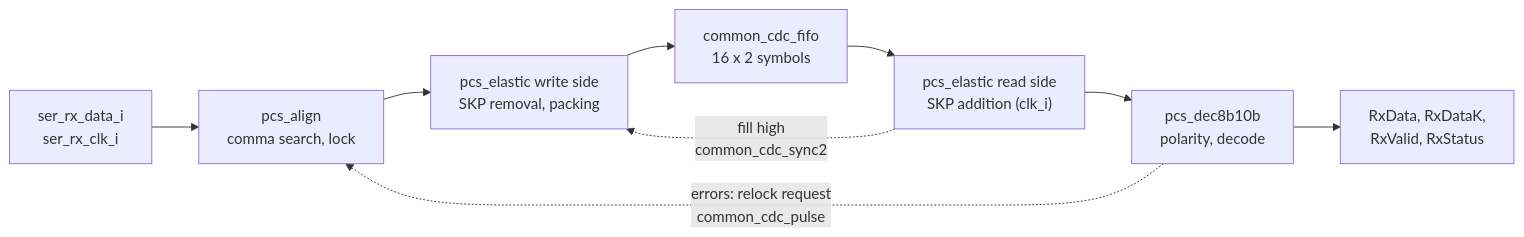
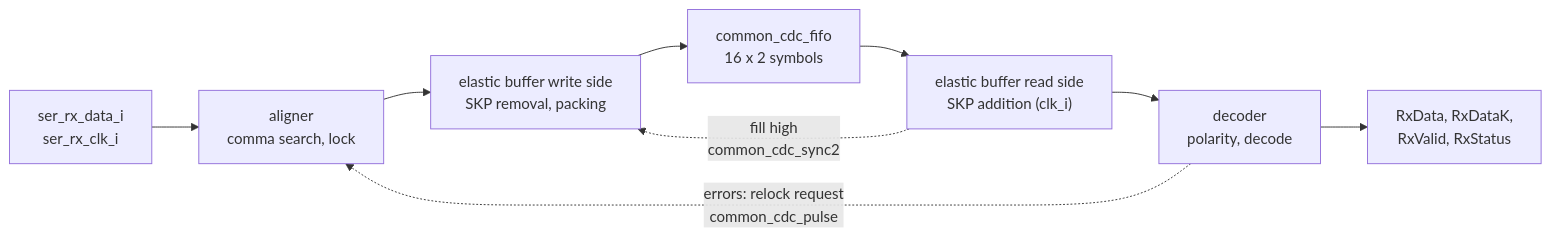
One commit to amichai-bd/pcie-factory changed the diagram in wiki/src/arch/pcs/RECEIVE.md. Above: the diagram before and after it, drawn with Mermaid. The commit also changed other lines of this file and 22 other files, not shown here.

````diff
--- a/wiki/src/arch/pcs/RECEIVE.md
+++ b/wiki/src/arch/pcs/RECEIVE.md
@@ -12,11 +12,11 @@
 ```mermaid
 flowchart LR
-  rx["ser_rx_data_i<br/>ser_rx_clk_i"] --> al["pcs_align<br/>comma search, lock"]
-  al --> wr["pcs_elastic write side<br/>SKP removal, packing"]
+  rx["ser_rx_data_i<br/>ser_rx_clk_i"] --> al["aligner<br/>comma search, lock"]
+  al --> wr["elastic buffer write side<br/>SKP removal, packing"]
   wr --> fifo["common_cdc_fifo<br/>16 x 2 symbols"]
-  fifo --> rd["pcs_elastic read side<br/>SKP addition (clk_i)"]
-  rd --> dec["pcs_dec8b10b<br/>polarity, decode"]
+  fifo --> rd["elastic buffer read side<br/>SKP addition (clk_i)"]
+  rd --> dec["decoder<br/>polarity, decode"]
   dec --> pipe["RxData, RxDataK,<br/>RxValid, RxStatus"]
   dec -. "errors: relock request<br/>common_cdc_pulse" .-> al
   rd -. "fill high<br/>common_cdc_sync2" .-> wr
 ```
````
